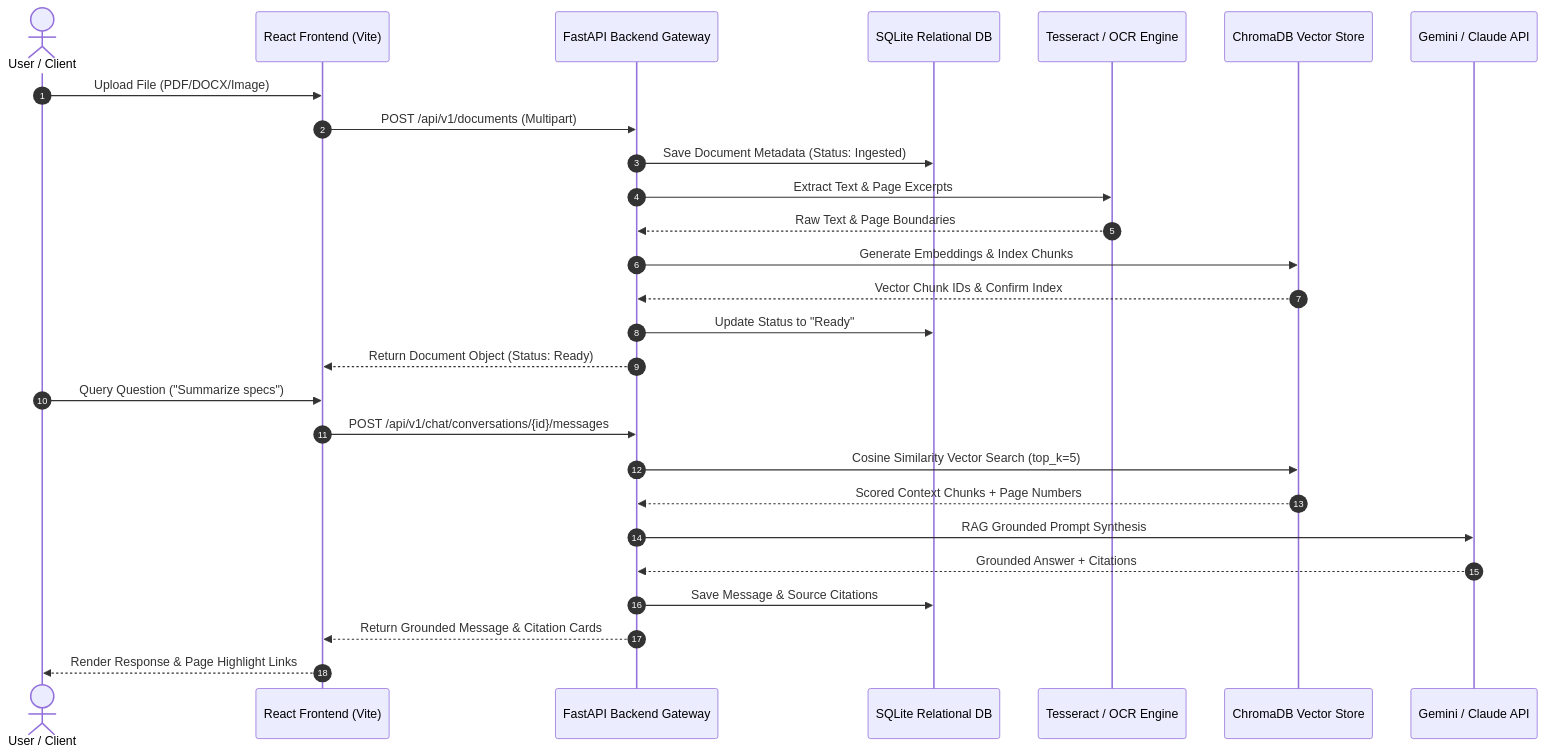
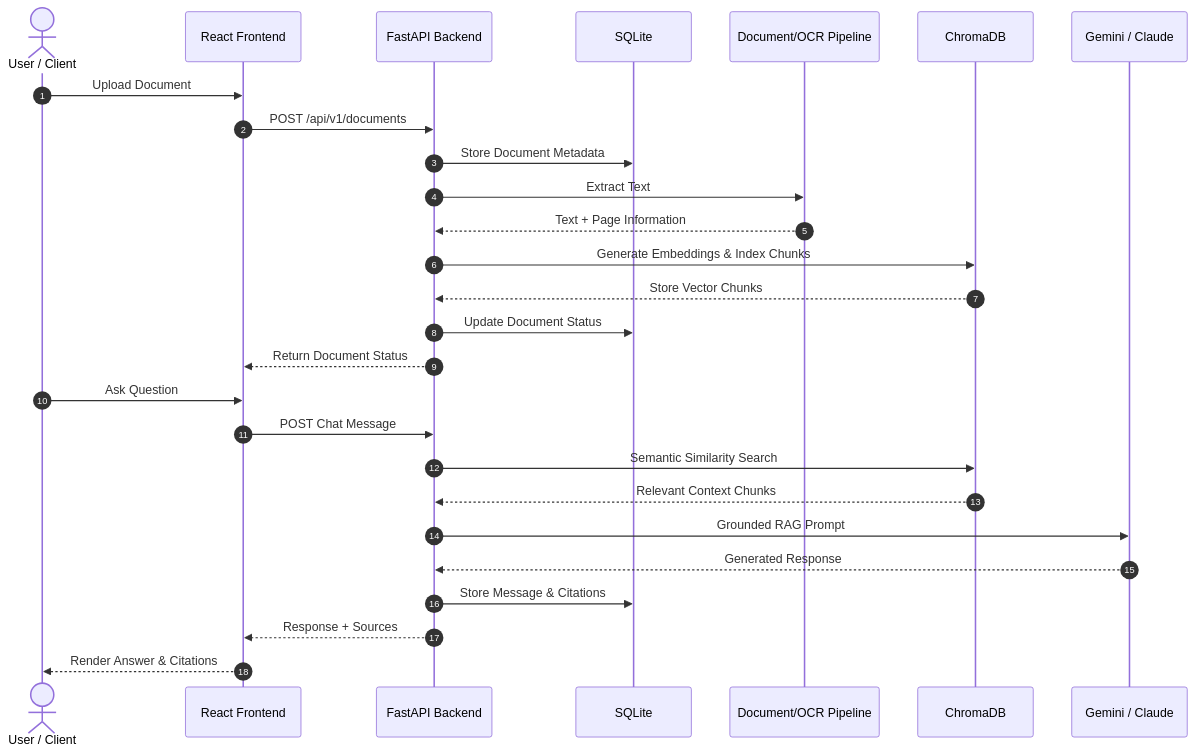
One commit to JaswanthG-10/iris-ai-document-reade changed the first of 3 diagrams in README.md. Above: the diagram before and after it, drawn with Mermaid. The commit also changed other lines of this file, not shown here.

First line of the commit message:
Revise README with new project details and links

````diff
--- a/README.md
+++ b/README.md
@@ -95,31 +132,31 @@
 ```mermaid
 sequenceDiagram
     autonumber
     actor User as User / Client
-    participant FE as React Frontend (Vite)
-    participant API as FastAPI Backend Gateway
-    participant DB as SQLite Relational DB
-    participant OCR as Tesseract / OCR Engine
-    participant VEC as ChromaDB Vector Store
-    participant LLM as Gemini / Claude API
+    participant FE as React Frontend
+    participant API as FastAPI Backend
+    participant DB as SQLite
+    participant OCR as Document/OCR Pipeline
+    participant VEC as ChromaDB
+    participant LLM as Gemini / Claude
 
-    User->>FE: Upload File (PDF/DOCX/Image)
-    FE->>API: POST /api/v1/documents (Multipart)
-    API->>DB: Save Document Metadata (Status: Ingested)
-    API->>OCR: Extract Text & Page Excerpts
-    OCR-->>API: Raw Text & Page Boundaries
+    User->>FE: Upload Document
+    FE->>API: POST /api/v1/documents
+    API->>DB: Store Document Metadata
+    API->>OCR: Extract Text
+    OCR-->>API: Text + Page Information
     API->>VEC: Generate Embeddings & Index Chunks
-    VEC-->>API: Vector Chunk IDs & Confirm Index
-    API->>DB: Update Status to "Ready"
-    API-->>FE: Return Document Object (Status: Ready)
+    VEC-->>API: Store Vector Chunks
+    API->>DB: Update Document Status
+    API-->>FE: Return Document Status
 
-    User->>FE: Query Question ("Summarize specs")
-    FE->>API: POST /api/v1/chat/conversations/{id}/messages
-    API->>VEC: Cosine Similarity Vector Search (top_k=5)
-    VEC-->>API: Scored Context Chunks + Page Numbers
-    API->>LLM: RAG Grounded Prompt Synthesis
-    LLM-->>API: Grounded Answer + Citations
-    API->>DB: Save Message & Source Citations
-    API-->>FE: Return Grounded Message & Citation Cards
-    FE-->>User: Render Response & Page Highlight Links
+    User->>FE: Ask Question
+    FE->>API: POST Chat Message
+    API->>VEC: Semantic Similarity Search
+    VEC-->>API: Relevant Context Chunks
+    API->>LLM: Grounded RAG Prompt
+    LLM-->>API: Generated Response
+    API->>DB: Store Message & Citations
+    API-->>FE: Response + Sources
+    FE-->>User: Render Answer & Citations
 ```
````
